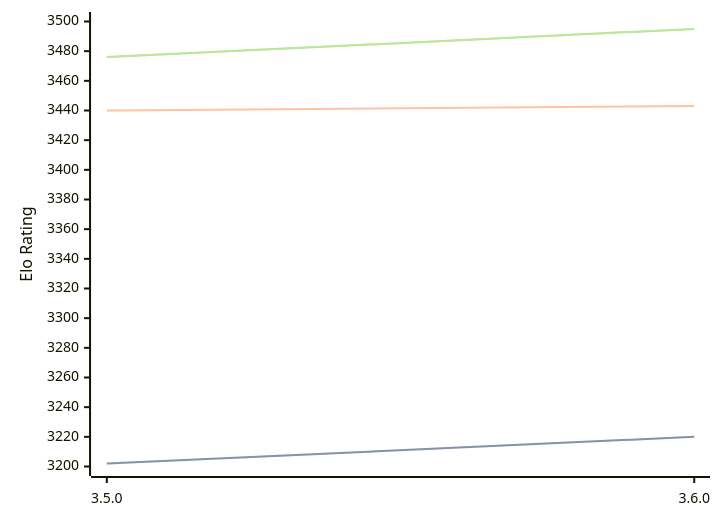
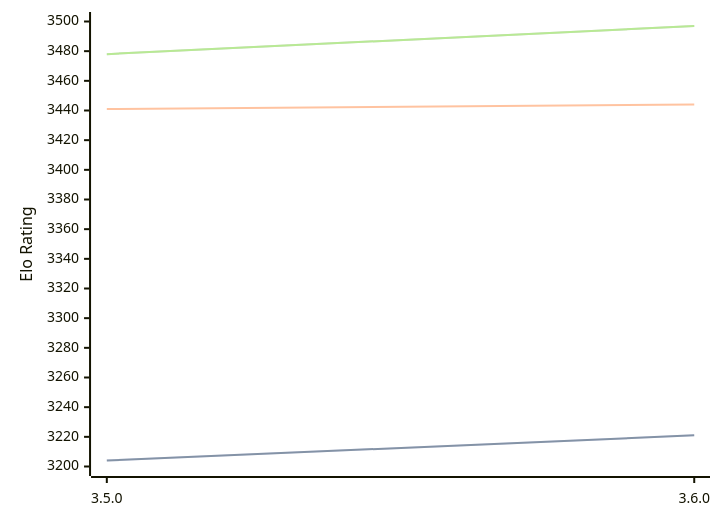
Before and after one commit to computer-chess-index/cci: the diagram in engines/Igel.md, drawn with Mermaid. The commit also changed other lines of this file, not shown here.

Commit message:
Update CCI Ratings (ELO VLTC) - 2026-04-19

````diff
--- a/engines/Igel.md
+++ b/engines/Igel.md
@@ -68,11 +68,11 @@
 ```mermaid
 %%{init: {"theme":"base","themeVariables":{"seriesColors:['#a3a3a3','#222221','#faa371']}}}%%
 xychart-beta
   x-axis ["3.5.0", "3.6.0"]
   y-axis "Elo Rating" 3200 --> 3500
-  line "STC (8.0+0.08s)" [3202, 3220]
-  line "STC (8.0+0.08s)" [3202, 3220]
-  line "LTC (60.0+0.60s)" [3440, 3443]
-  line "VLTC (2m24s+1.12s)" [3476, 3495]
-  line "VLTC (2m24s+1.12s)" [3476, 3495]
+  line "STC (8.0+0.08s)" [3204, 3221]
+  line "STC (8.0+0.08s)" [3204, 3221]
+  line "LTC (60.0+0.60s)" [3441, 3444]
+  line "VLTC (2m24s+1.12s)" [3478, 3497]
+  line "VLTC (2m24s+1.12s)" [3478, 3497]
 ```
````
